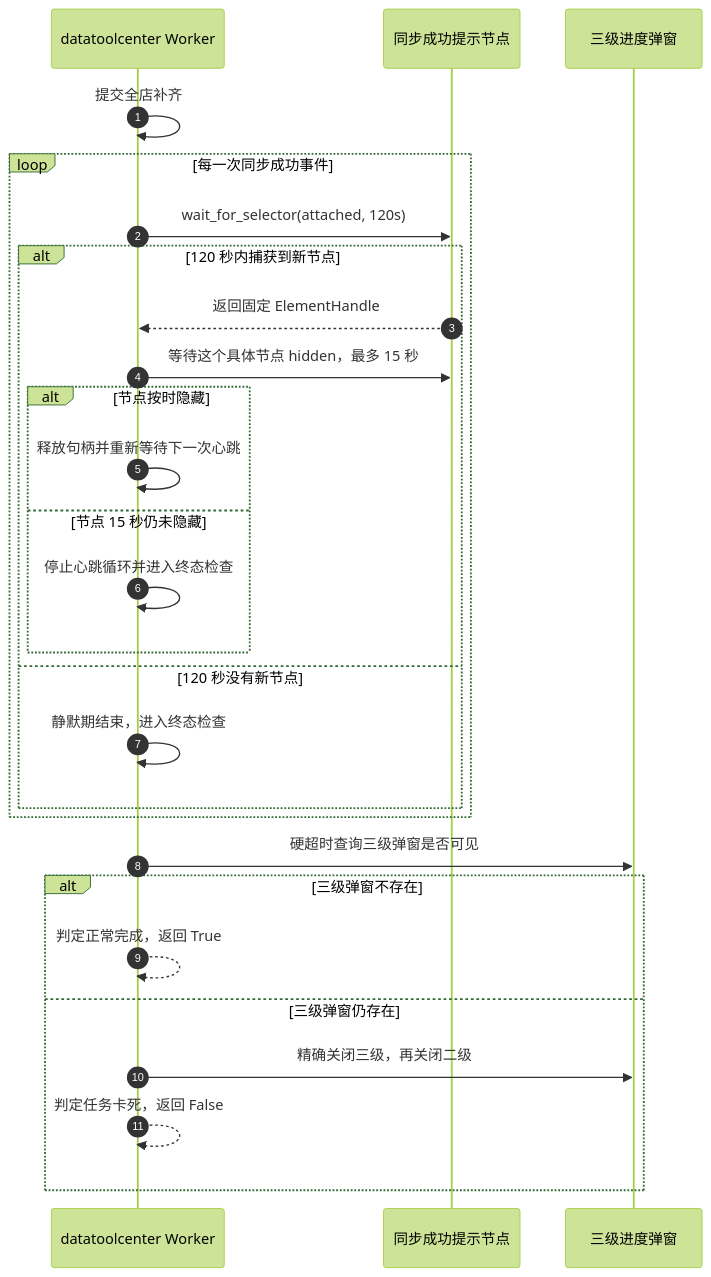
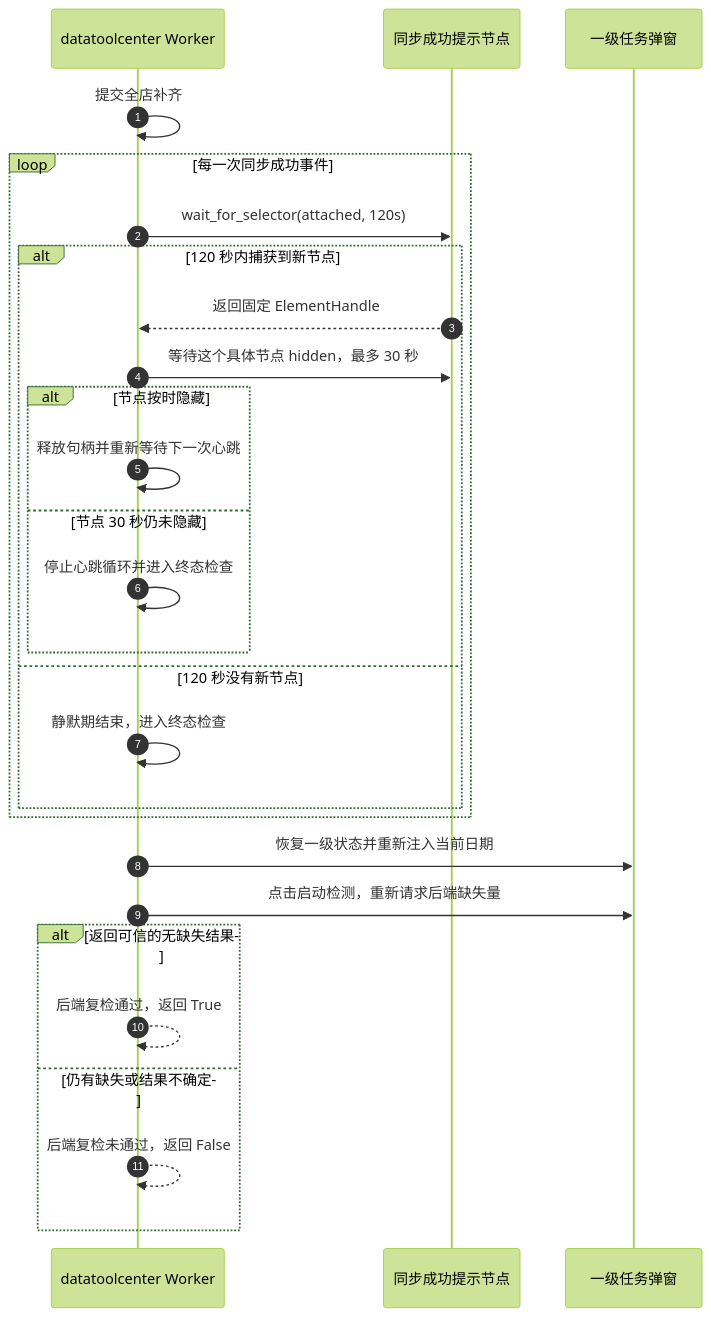
One commit to liao084/BitBrowser-Backfill-Engine changed the tenth of 14 diagrams in ARCHITECTURE.md. Above: the diagram before and after it, drawn with Mermaid (forest theme). The commit also changed other lines of this file and 2 other files, not shown here.

````diff
--- a/ARCHITECTURE.md
+++ b/ARCHITECTURE.md
@@ -360,30 +362,30 @@
 ```mermaid
 sequenceDiagram
     autonumber
     participant W as datatoolcenter Worker
     participant Toast as 同步成功提示节点
-    participant Dialog as 三级进度弹窗
+    participant Primary as 一级任务弹窗
 
     W->>W: 提交全店补齐
     loop 每一次同步成功事件
         W->>Toast: wait_for_selector(attached, 120s)
         alt 120 秒内捕获到新节点
             Toast-->>W: 返回固定 ElementHandle
-            W->>Toast: 等待这个具体节点 hidden，最多 15 秒
+            W->>Toast: 等待这个具体节点 hidden，最多 30 秒
             alt 节点按时隐藏
                 W->>W: 释放句柄并重新等待下一次心跳
-            else 节点 15 秒仍未隐藏
+            else 节点 30 秒仍未隐藏
                 W->>W: 停止心跳循环并进入终态检查
             end
         else 120 秒没有新节点
             W->>W: 静默期结束，进入终态检查
         end
     end
-    W->>Dialog: 硬超时查询三级弹窗是否可见
-    alt 三级弹窗不存在
-        W-->>W: 判定正常完成，返回 True
-    else 三级弹窗仍存在
-        W->>Dialog: 精确关闭三级，再关闭二级
-        W-->>W: 判定任务卡死，返回 False
+    W->>Primary: 恢复一级状态并重新注入当前日期
+    W->>Primary: 点击启动检测，重新请求后端缺失量
+    alt 返回可信的无缺失结果
+        W-->>W: 后端复检通过，返回 True
+    else 仍有缺失或结果不确定
+        W-->>W: 后端复检未通过，返回 False
     end
 ```
````
